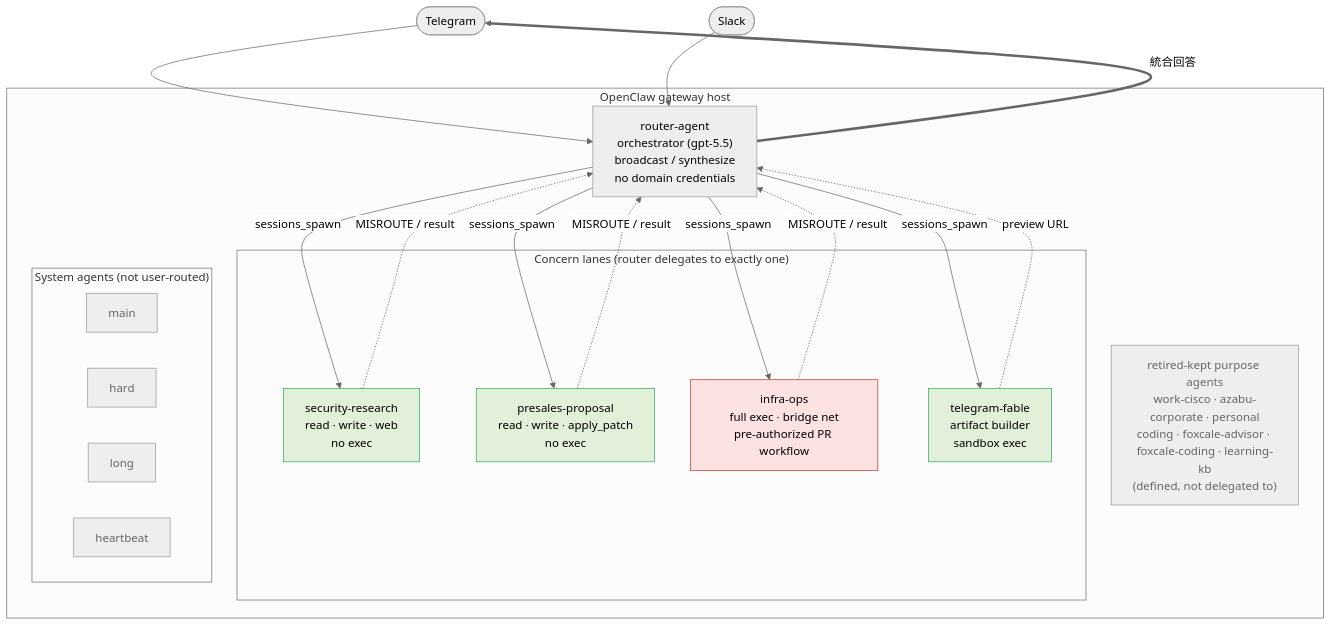
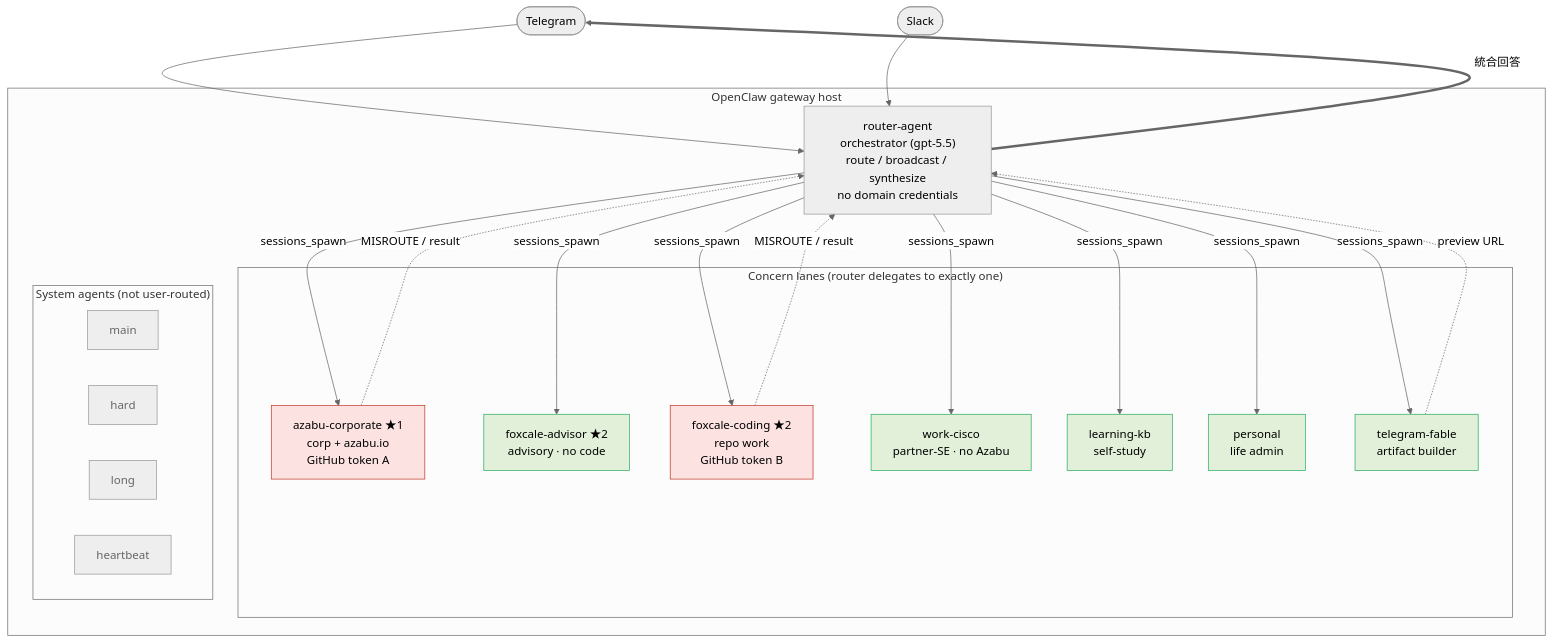
The first of 2 diagrams in docs/agent-system-overview.md (nyasukun/my-openclaw-maintenance), drawn with Mermaid (neutral theme) before and after one commit. The commit also changed other lines of this file and 32 other files, not shown here.

````diff
--- a/docs/agent-system-overview.md
+++ b/docs/agent-system-overview.md
@@ -13,42 +35,45 @@
 ```mermaid
 flowchart TD
     tg([Telegram]) --> R
     sl([Slack]) --> R
 
     subgraph host["OpenClaw gateway host"]
-        R["router-agent<br/>orchestrator (gpt-5.5)<br/>broadcast / synthesize<br/>no domain credentials"]
+        R["router-agent<br/>orchestrator (gpt-5.5)<br/>route / broadcast / synthesize<br/>no domain credentials"]
 
         subgraph lanes["Concern lanes (router delegates to exactly one)"]
-            SR["security-research<br/>read · write · web<br/>no exec"]
-            PP["presales-proposal<br/>read · write · apply_patch<br/>no exec"]
-            IO["infra-ops<br/>full exec · bridge net<br/>pre-authorized PR workflow"]
-            TF["telegram-fable<br/>artifact builder<br/>sandbox exec"]
+            AZ["azabu-corporate ★1<br/>corp + azabu.io<br/>GitHub token A"]
+            FA["foxcale-advisor ★2<br/>advisory · no code"]
+            FC["foxcale-coding ★2<br/>repo work<br/>GitHub token B"]
+            WC["work-cisco<br/>partner-SE · no Azabu"]
+            LK["learning-kb<br/>self-study"]
+            PE["personal<br/>life admin"]
+            TF["telegram-fable<br/>artifact builder"]
         end
 
         subgraph sys["System agents (not user-routed)"]
             MN[main]
             HD[hard]
             LG[long]
             HB[heartbeat]
         end
-
-        retired["retired-kept purpose agents<br/>work-cisco · azabu-corporate · personal<br/>coding · foxcale-advisor · foxcale-coding · learning-kb<br/>(defined, not delegated to)"]
     end
 
-    R -->|sessions_spawn| SR
-    R -->|sessions_spawn| PP
-    R -->|sessions_spawn| IO
+    R -->|sessions_spawn| AZ
+    R -->|sessions_spawn| FA
+    R -->|sessions_spawn| FC
+    R -->|sessions_spawn| WC
+    R -->|sessions_spawn| LK
+    R -->|sessions_spawn| PE
     R -->|sessions_spawn| TF
-    SR -.->|MISROUTE / result| R
-    PP -.->|MISROUTE / result| R
-    IO -.->|MISROUTE / result| R
+    AZ -.->|MISROUTE / result| R
+    FC -.->|MISROUTE / result| R
     TF -.->|preview URL| R
     R ==>|統合回答| tg
 
     classDef priv fill:#fde2e2,stroke:#c0392b;
     classDef safe fill:#e2f0d9,stroke:#27ae60;
     classDef dim fill:#eeeeee,stroke:#999999,color:#666666;
-    class IO priv;
-    class SR,PP,TF safe;
-    class retired,MN,HD,LG,HB dim;
+    class AZ,FC priv;
+    class FA,WC,LK,PE,TF safe;
+    class MN,HD,LG,HB dim;
 ```
````
